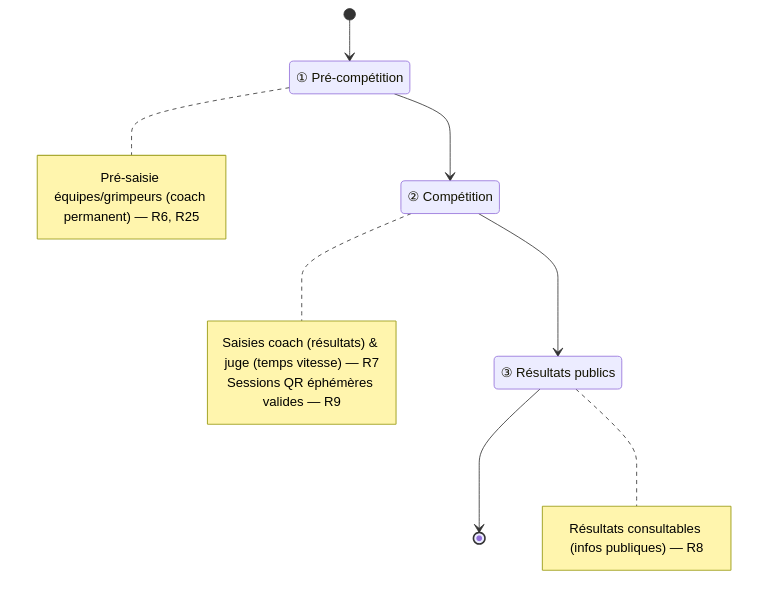
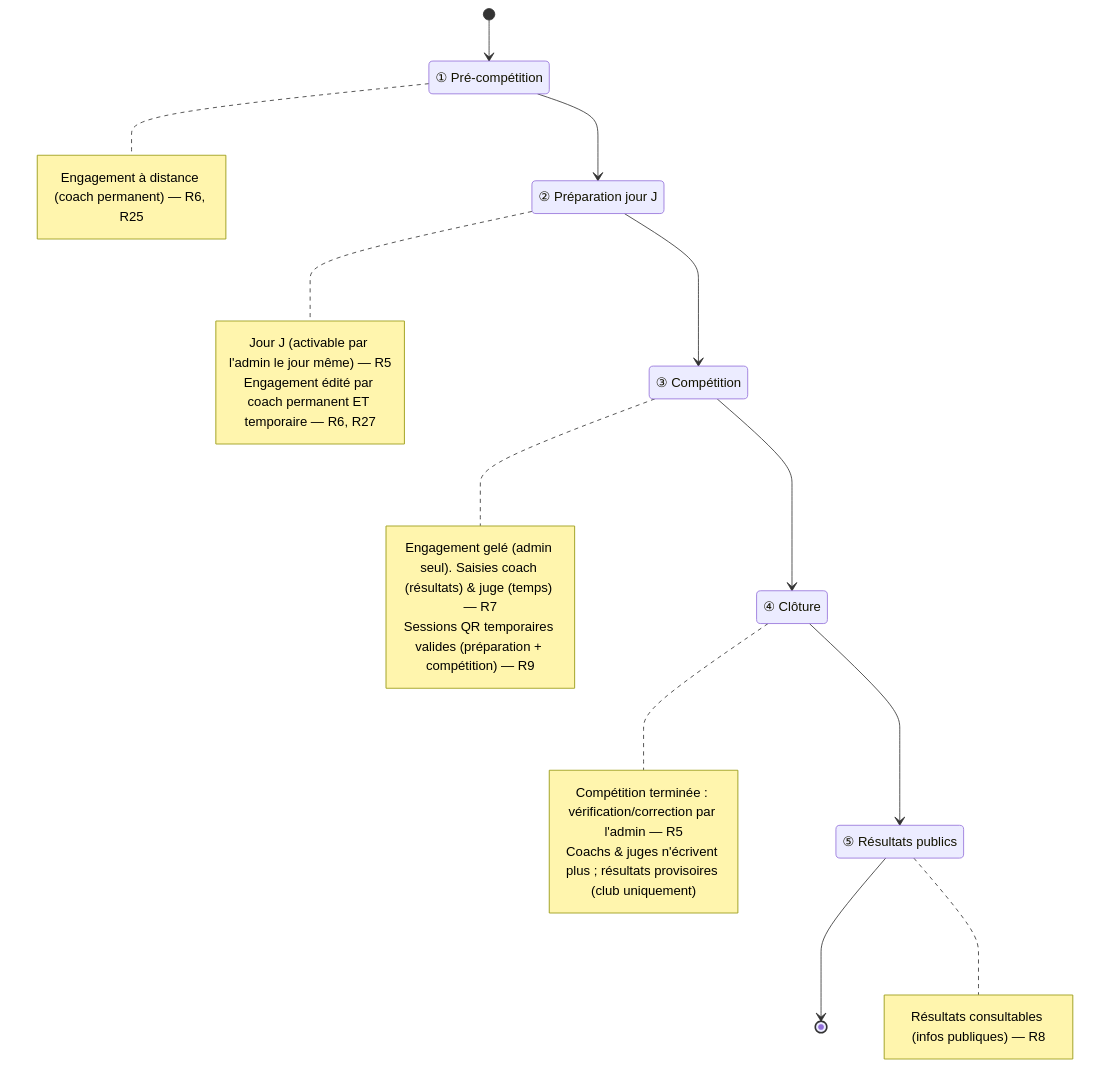
The second of 3 diagrams in docs/specs/01-roles-et-autorisations.md (julleroyfr/interclub), drawn with Mermaid before and after one commit. The commit also changed other lines of this file and 18 other files, not shown here.

First line of the commit message:
feat(coach): espace coach (spec #5) + phase « préparation jour J »

````diff
--- a/docs/specs/01-roles-et-autorisations.md
+++ b/docs/specs/01-roles-et-autorisations.md
@@ -245,20 +298,32 @@
 ```mermaid
 stateDiagram-v2
   [*] --> PreCompetition
   PreCompetition: ① Pré-compétition
-  Competition: ② Compétition
-  ResultatsPublics: ③ Résultats publics
-  PreCompetition --> Competition
-  Competition --> ResultatsPublics
+  Preparation: ② Préparation jour J
+  Competition: ③ Compétition
+  Cloture: ④ Clôture
+  ResultatsPublics: ⑤ Résultats publics
+  PreCompetition --> Preparation
+  Preparation --> Competition
+  Competition --> Cloture
+  Cloture --> ResultatsPublics
   ResultatsPublics --> [*]
   note right of PreCompetition
-    Pré-saisie équipes/grimpeurs (coach permanent) — R6, R25
+    Engagement à distance (coach permanent) — R6, R25
+  end note
+  note right of Preparation
+    Jour J (activable par l'admin le jour même) — R5
+    Engagement édité par coach permanent ET temporaire — R6, R27
   end note
   note right of Competition
-    Saisies coach (résultats) & juge (temps vitesse) — R7
-    Sessions QR éphémères valides — R9
+    Engagement gelé (admin seul). Saisies coach (résultats) & juge (temps) — R7
+    Sessions QR temporaires valides (préparation + compétition) — R9
+  end note
+  note right of Cloture
+    Compétition terminée : vérification/correction par l'admin — R5
+    Coachs & juges n'écrivent plus ; résultats provisoires (club uniquement)
   end note
   note right of ResultatsPublics
     Résultats consultables (infos publiques) — R8
   end note
 ```
````
